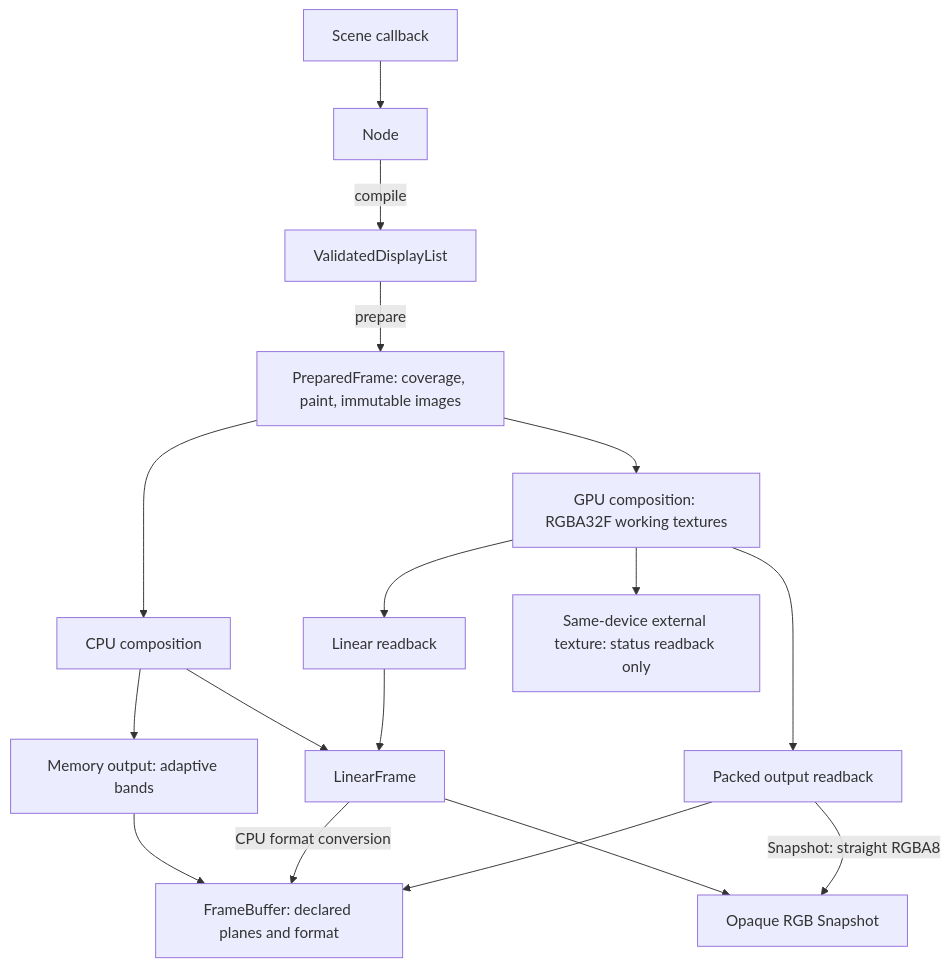
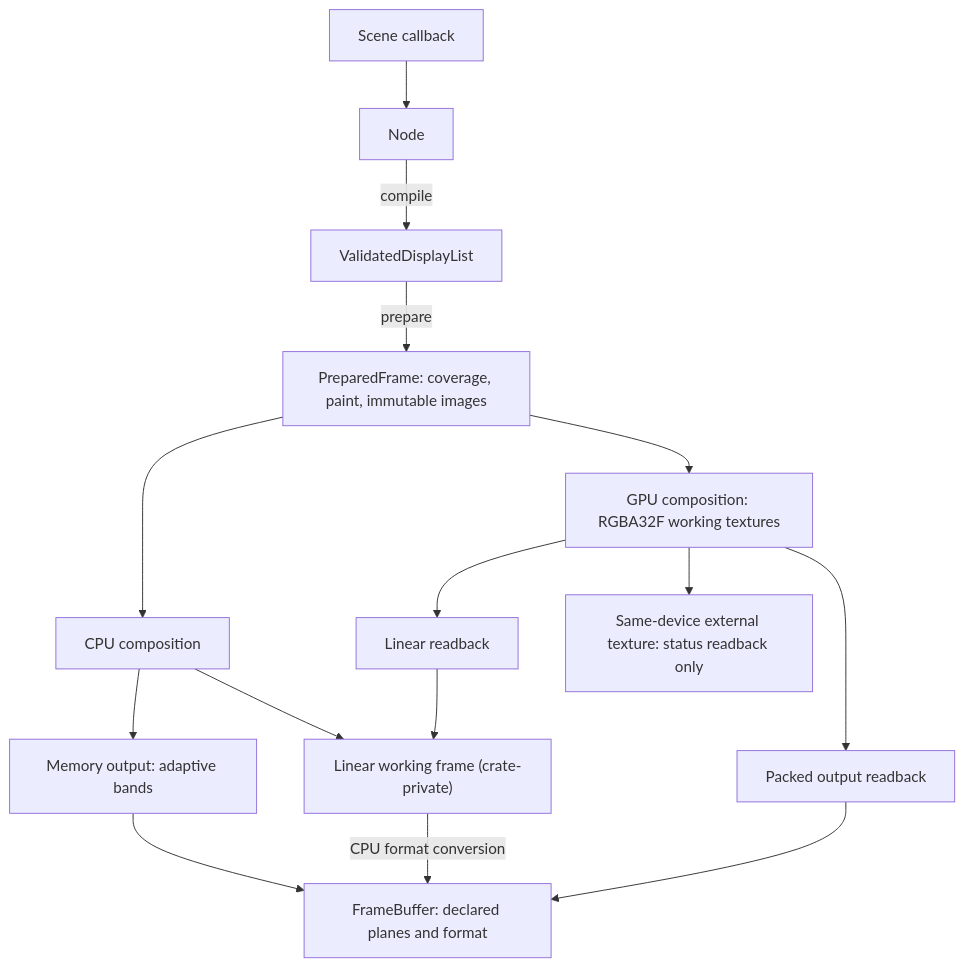
Before and after one commit to motion-rs/motion-rs: the first of 2 diagrams in docs/design/rendering.md, drawn with Mermaid. The commit also changed other lines of this file and 91 other files, not shown here.

Commit message:
refactor(render)!: finish single-frame path and white opaque output

````diff
--- a/docs/design/rendering.md
+++ b/docs/design/rendering.md
@@ -216,19 +221,17 @@
 ```mermaid
 flowchart TD
     Build["Scene callback"] --> Node["Node"]
     Node -->|compile| Commands["ValidatedDisplayList"]
     Commands -->|prepare| Prepared["PreparedFrame: coverage, paint, immutable images"]
     Prepared --> CPU["CPU composition"]
     Prepared --> GPU["GPU composition: RGBA32F working textures"]
     CPU --> Bands["Memory output: adaptive bands"]
     Bands --> Buffer["FrameBuffer: declared planes and format"]
-    CPU --> Linear["LinearFrame"]
-    Linear --> Snapshot["Opaque RGB Snapshot"]
+    CPU --> Linear["Linear working frame (crate-private)"]
     Linear -->|CPU format conversion| Buffer
     GPU --> Readback["Linear readback"]
     Readback --> Linear
     GPU --> Packed["Packed output readback"]
     Packed --> Buffer
-    Packed -->|Snapshot: straight RGBA8| Snapshot
     GPU --> Texture["Same-device external texture: status readback only"]
 ```
````
